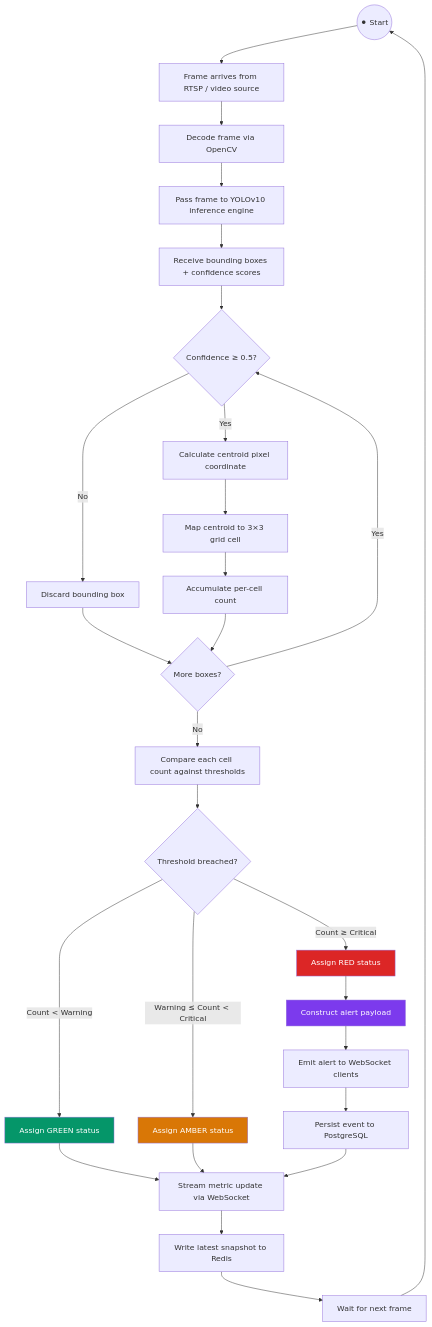
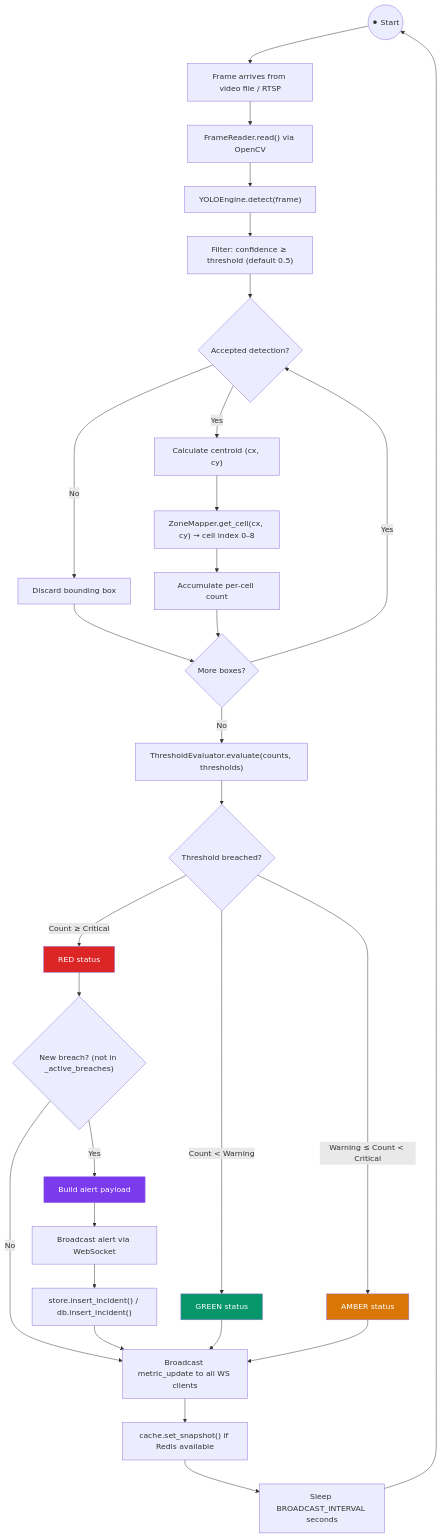
Before and after one commit to DarkSire7/ARGUS: the third of 7 diagrams in SYSTEM_ARCHITECTURE.md, drawn with Mermaid. The commit also changed other lines of this file and 2 other files, not shown here.

First line of the commit message:
feat: admin interface live data + architecture doc v2.0

````diff
--- a/SYSTEM_ARCHITECTURE.md
+++ b/SYSTEM_ARCHITECTURE.md
@@ -188,42 +196,43 @@
 ```mermaid
 flowchart TD
-    START(("⚫ Start")) --> A["Frame arrives from RTSP / video source"]
-    A --> B["Decode frame via OpenCV"]
-    B --> C["Pass frame to YOLOv10 inference engine"]
-    C --> D["Receive bounding boxes + confidence scores"]
-    D --> E{"Confidence ≥ 0.5?"}
+    START(("⚫ Start")) --> A["Frame arrives from video file / RTSP"]
+    A --> B["FrameReader.read() via OpenCV"]
+    B --> C["YOLOEngine.detect(frame)"]
+    C --> D["Filter: confidence ≥ threshold (default 0.5)"]
+    D --> E{"Accepted detection?"}
 
     E -->|No| F["Discard bounding box"]
-    E -->|Yes| G["Calculate centroid pixel coordinate"]
+    E -->|Yes| G["Calculate centroid (cx, cy)"]
 
     F --> E2{"More boxes?"}
-    G --> H["Map centroid to 3×3 grid cell"]
+    G --> H["ZoneMapper.get_cell(cx, cy) → cell index 0–8"]
     H --> I["Accumulate per-cell count"]
     I --> E2
 
     E2 -->|Yes| E
-    E2 -->|No| J["Compare each cell count against thresholds"]
+    E2 -->|No| J["ThresholdEvaluator.evaluate(counts, thresholds)"]
 
     J --> K{"Threshold breached?"}
 
-    K -->|"Count < Warning"| L["Assign GREEN status"]
-    K -->|"Warning ≤ Count < Critical"| M["Assign AMBER status"]
-    K -->|"Count ≥ Critical"| N["Assign RED status"]
+    K -->|"Count < Warning"| L["GREEN status"]
+    K -->|"Warning ≤ Count < Critical"| M["AMBER status"]
+    K -->|"Count ≥ Critical"| N["RED status"]
 
-    N --> O["Construct alert payload"]
-    O --> P["Emit alert to WebSocket clients"]
-    P --> Q["Persist event to PostgreSQL"]
+    N --> O{"New breach? (not in _active_breaches)"}
+    O -->|Yes| P["Build alert payload"]
+    O -->|No| R
+    P --> Q["Broadcast alert via WebSocket"]
+    Q --> QQ["store.insert_incident() / db.insert_incident()"]
+    QQ --> R
 
-    L --> R["Stream metric update via WebSocket"]
+    L --> R["Broadcast metric_update to all WS clients"]
     M --> R
-    Q --> R
-
-    R --> S["Write latest snapshot to Redis"]
-    S --> T["Wait for next frame"]
+    R --> S["cache.set_snapshot() if Redis available"]
+    S --> T["Sleep BROADCAST_INTERVAL seconds"]
     T --> START
 
     style N fill:#dc2626,color:#fff
     style M fill:#d97706,color:#fff
     style L fill:#059669,color:#fff
-    style O fill:#7c3aed,color:#fff
+    style P fill:#7c3aed,color:#fff
 ```
````
